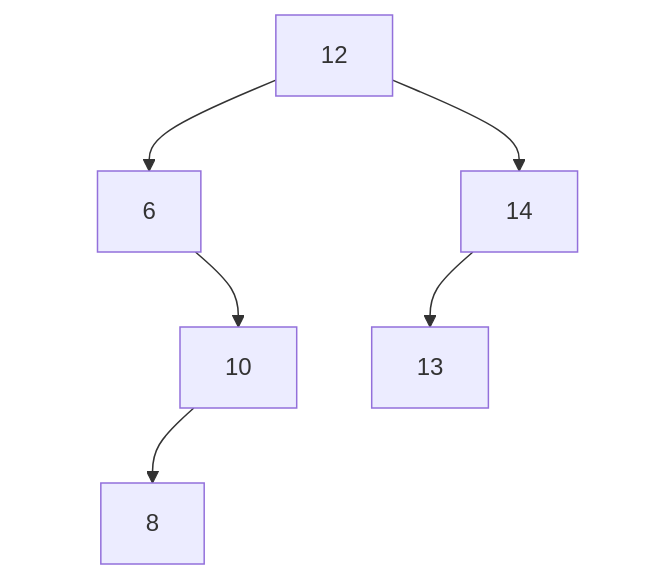
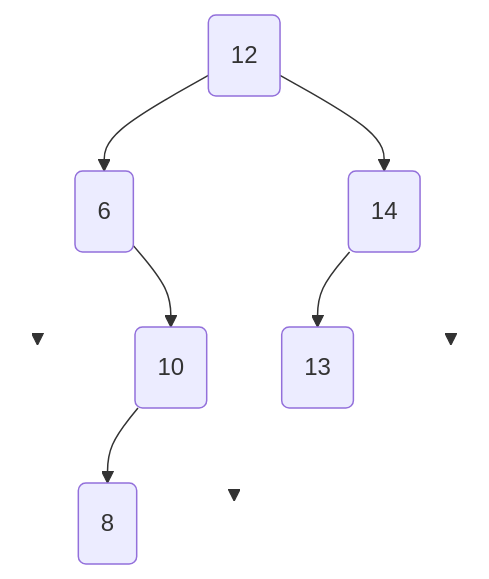
Before and after one commit to nsimeyroneinc/NSITerm2024: the first of 15 diagrams in docs/Annales/Corriges/23-NSIZERO-A.md, drawn with Mermaid. The commit also changed other lines of this file and 1309 other files, not shown here.

````diff
--- a/docs/Annales/Corriges/23-NSIZERO-A.md
+++ b/docs/Annales/Corriges/23-NSIZERO-A.md
@@ -103,17 +106,18 @@
-    ```mermaid
-        graph TD
-        S12["12"] --> S6["6"]
-        S12 --> S14["14"]
-        S6 --> V1[" "]
-        S6 --> S10["10"]
-        S10 --> S8["8"]
-        S10 --> V2[" "]
-        S14 --> S13["13"]
-        S14 --> V3[" "]
-        style V1 opacity:0;
-        style V2 opacity:0;
-        style V3 opacity:0;
-        linkStyle 2 stroke:#FFFFFF,stroke-width:0px
-        linkStyle 5 stroke:#FFFFFF,stroke-width:0px
-        linkStyle 7 stroke:#FFFFFF,stroke-width:0px
-    ```
+        ```mermaid
+            graph TD
+            N("12") --> Ng("6")
+            N       --> Nd("14")
+            Ng --> Ngg(" ")
+            Ng --> Ngd("10")
+            Ngd --> Ngdg("8")
+            Ngd --> Ngdd(" ")
+            Nd --> Ndg("13")
+            Nd --> Ndd(" ")
+            style Ngg fill:none, stroke-width:0px
+            style Ngdd fill:none, stroke-width:0px
+            style Ndd fill:none, stroke-width:0px
+            
+            linkStyle 2 stroke-width:0px
+            linkStyle 5 stroke-width:0px
+            linkStyle 7 stroke-width:0px
+        ```
````
